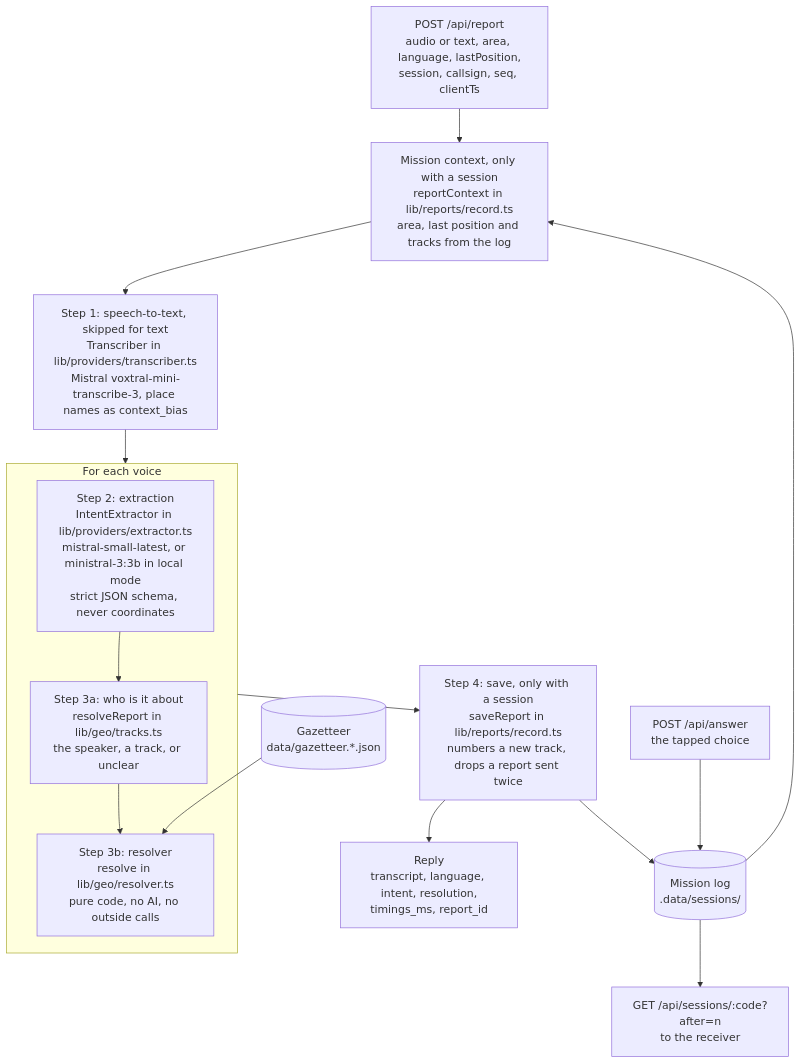
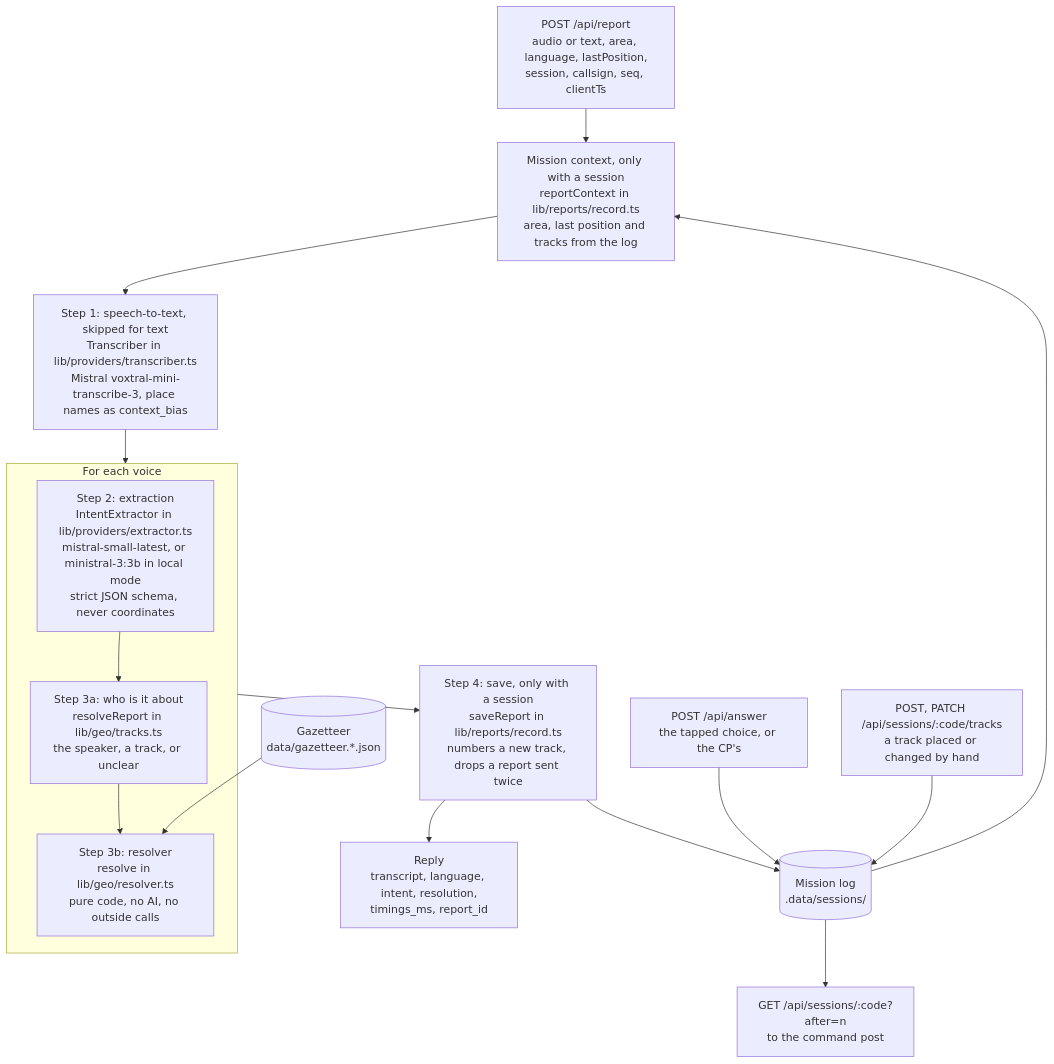
Before and after one commit to adam2765/edth-hackathon: the second of 4 diagrams in docs/architecture.md, drawn with Mermaid. The commit also changed other lines of this file and 45 other files, not shown here.

First line of the commit message:
Command post: place and edit tracks by hand, answer for a unit

````diff
--- a/docs/architecture.md
+++ b/docs/architecture.md
@@ -57,25 +59,27 @@
 ```mermaid
 flowchart TB
     IN["POST /api/report<br/>audio or text, area, language, lastPosition,<br/>session, callsign, seq, clientTs"]
     CTX["Mission context, only with a session<br/>reportContext in lib/reports/record.ts<br/>area, last position and tracks from the log"]
     STT["Step 1: speech-to-text, skipped for text<br/>Transcriber in lib/providers/transcriber.ts<br/>Mistral voxtral-mini-transcribe-3, place names as context_bias"]
     subgraph VOICES["For each voice"]
         EXT["Step 2: extraction<br/>IntentExtractor in lib/providers/extractor.ts<br/>mistral-small-latest, or ministral-3:3b in local mode<br/>strict JSON schema, never coordinates"]
         SUB["Step 3a: who is it about<br/>resolveReport in lib/geo/tracks.ts<br/>the speaker, a track, or unclear"]
         RES["Step 3b: resolver<br/>resolve in lib/geo/resolver.ts<br/>pure code, no AI, no outside calls"]
         EXT --> SUB --> RES
     end
     GAZ[("Gazetteer<br/>data/gazetteer.*.json")]
     SAVE["Step 4: save, only with a session<br/>saveReport in lib/reports/record.ts<br/>numbers a new track, drops a report sent twice"]
     OUT["Reply<br/>transcript, language, intent, resolution,<br/>timings_ms, report_id"]
     LOG[("Mission log<br/>.data/sessions/")]
-    ANS["POST /api/answer<br/>the tapped choice"]
-    READ["GET /api/sessions/:code?after=n<br/>to the receiver"]
+    ANS["POST /api/answer<br/>the tapped choice, or the CP's"]
+    PLOT["POST, PATCH /api/sessions/:code/tracks<br/>a track placed or changed by hand"]
+    READ["GET /api/sessions/:code?after=n<br/>to the command post"]
 
     IN --> CTX --> STT --> VOICES --> SAVE --> OUT
     GAZ --> RES
     LOG --> CTX
     SAVE --> LOG
     ANS --> LOG
+    PLOT --> LOG
     LOG --> READ
 ```
````
